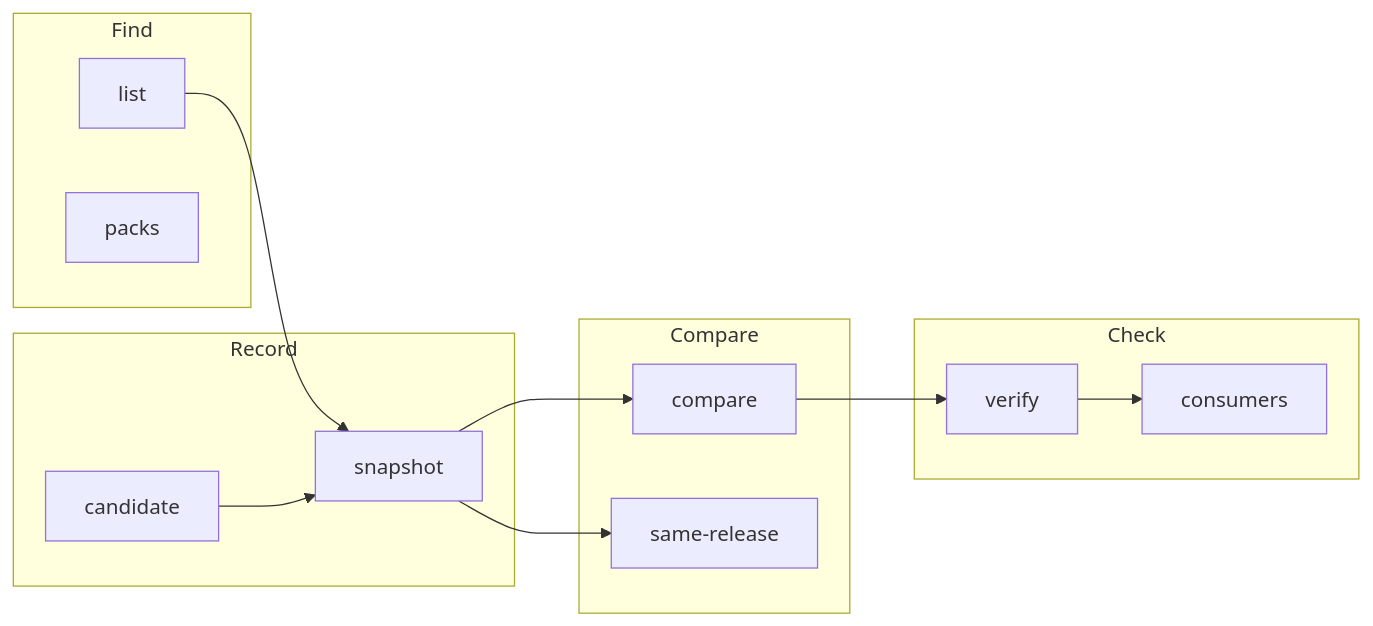
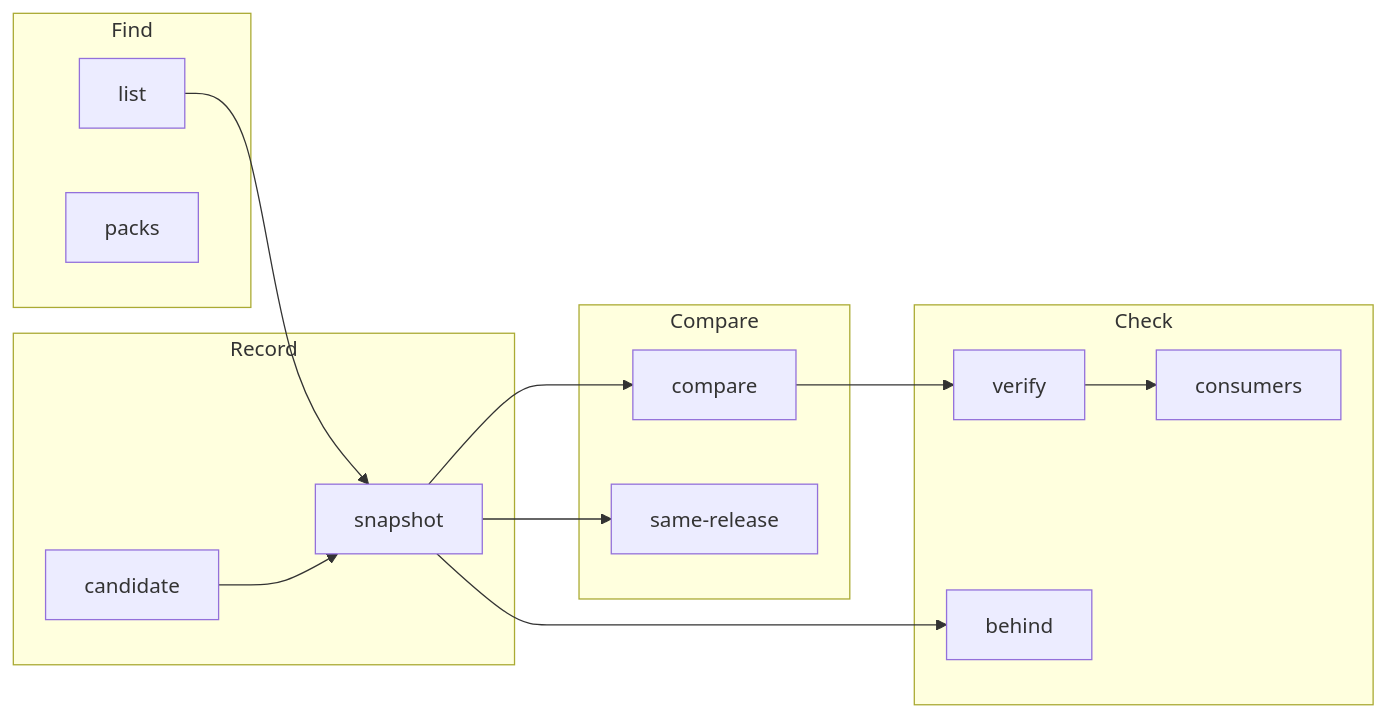
One commit to como-technologies/strata changed the diagram in docs/src/commands/index.md. Above: the diagram before and after it, drawn with Mermaid. The commit also changed other lines of this file and 51 other files, not shown here.

````diff
--- a/docs/src/commands/index.md
+++ b/docs/src/commands/index.md
@@ -12,23 +12,25 @@
 ```mermaid
 flowchart LR
   subgraph Find
     list
     packs
   end
   subgraph Record
     snapshot
     candidate
   end
   subgraph Compare
     compare
     same-release
   end
   subgraph Check
     verify
     consumers
+    behind
   end
   list --> snapshot --> compare --> verify
   candidate --> snapshot
   snapshot --> same-release
   verify --> consumers
+  snapshot --> behind
 ```
````
